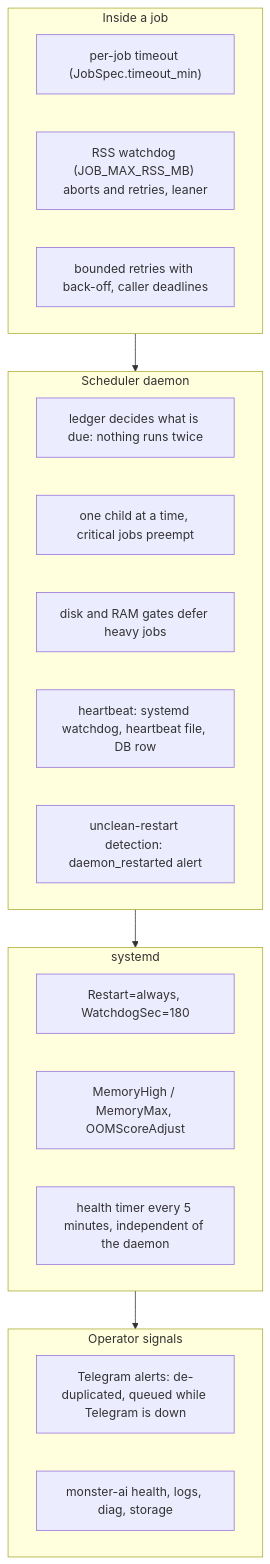
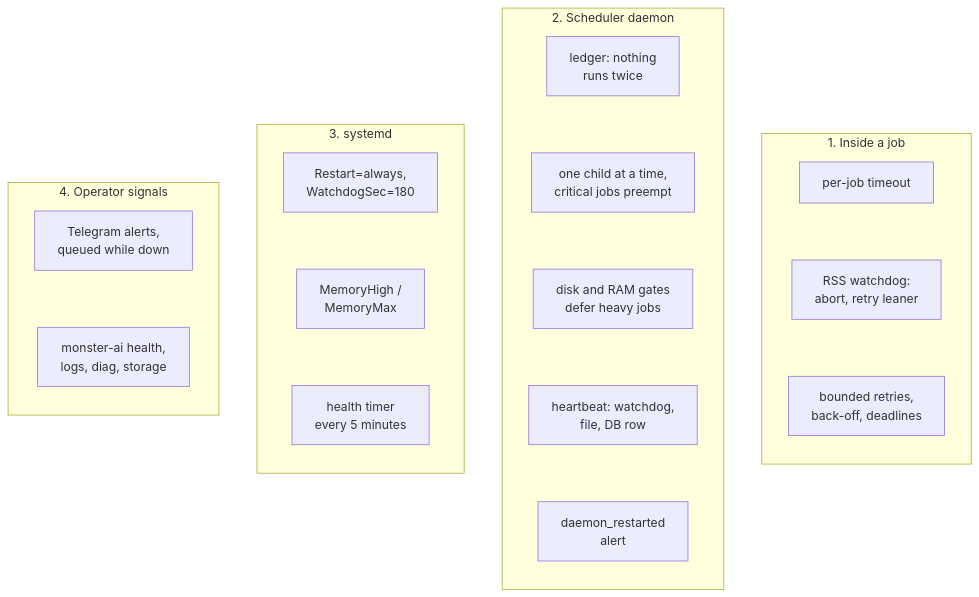
Before and after one commit to amansoni7477030/MonsterStock_AI: diagram 11 of 18 in MONSTER-AI/docs/ARCHITECTURE.md, drawn with Mermaid. The commit also changed other lines of this file and 5 other files, not shown here.

````diff
--- a/MONSTER-AI/docs/ARCHITECTURE.md
+++ b/MONSTER-AI/docs/ARCHITECTURE.md
@@ -483,25 +444,19 @@
 ```mermaid
 flowchart TB
-    subgraph L1["Inside a job"]
-        A1["per-job timeout (JobSpec.timeout_min)"]
-        A2["RSS watchdog (JOB_MAX_RSS_MB) aborts and retries, leaner"]
-        A3["bounded retries with back-off, caller deadlines"]
+    subgraph L1["1. Inside a job"]
+        direction TB
+        A1["per-job timeout"] ~~~ A2["RSS watchdog:<br/>abort, retry leaner"] ~~~ A3["bounded retries,<br/>back-off, deadlines"]
     end
-    subgraph L2["Scheduler daemon"]
-        B1["ledger decides what is due: nothing runs twice"]
-        B2["one child at a time, critical jobs preempt"]
-        B3["disk and RAM gates defer heavy jobs"]
-        B4["heartbeat: systemd watchdog, heartbeat file, DB row"]
-        B5["unclean-restart detection: daemon_restarted alert"]
+    subgraph L2["2. Scheduler daemon"]
+        direction TB
+        B1["ledger: nothing<br/>runs twice"] ~~~ B2["one child at a time,<br/>critical jobs preempt"] ~~~ B3["disk and RAM gates<br/>defer heavy jobs"] ~~~ B4["heartbeat: watchdog,<br/>file, DB row"] ~~~ B5["daemon_restarted<br/>alert"]
     end
-    subgraph L3["systemd"]
-        C1["Restart=always, WatchdogSec=180"]
-        C2["MemoryHigh / MemoryMax, OOMScoreAdjust"]
-        C3["health timer every 5 minutes, independent of the daemon"]
+    subgraph L3["3. systemd"]
+        direction TB
+        C1["Restart=always,<br/>WatchdogSec=180"] ~~~ C2["MemoryHigh /<br/>MemoryMax"] ~~~ C3["health timer<br/>every 5 minutes"]
     end
-    subgraph L4["Operator signals"]
-        D1["Telegram alerts: de-duplicated, queued while Telegram is down"]
-        D2["monster-ai health, logs, diag, storage"]
+    subgraph L4["4. Operator signals"]
+        direction TB
+        D1["Telegram alerts,<br/>queued while down"] ~~~ D2["monster-ai health,<br/>logs, diag, storage"]
     end
-    L1 --> L2 --> L3 --> L4
 ```
````
